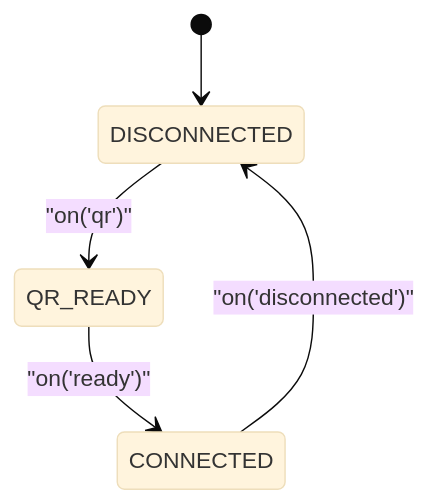
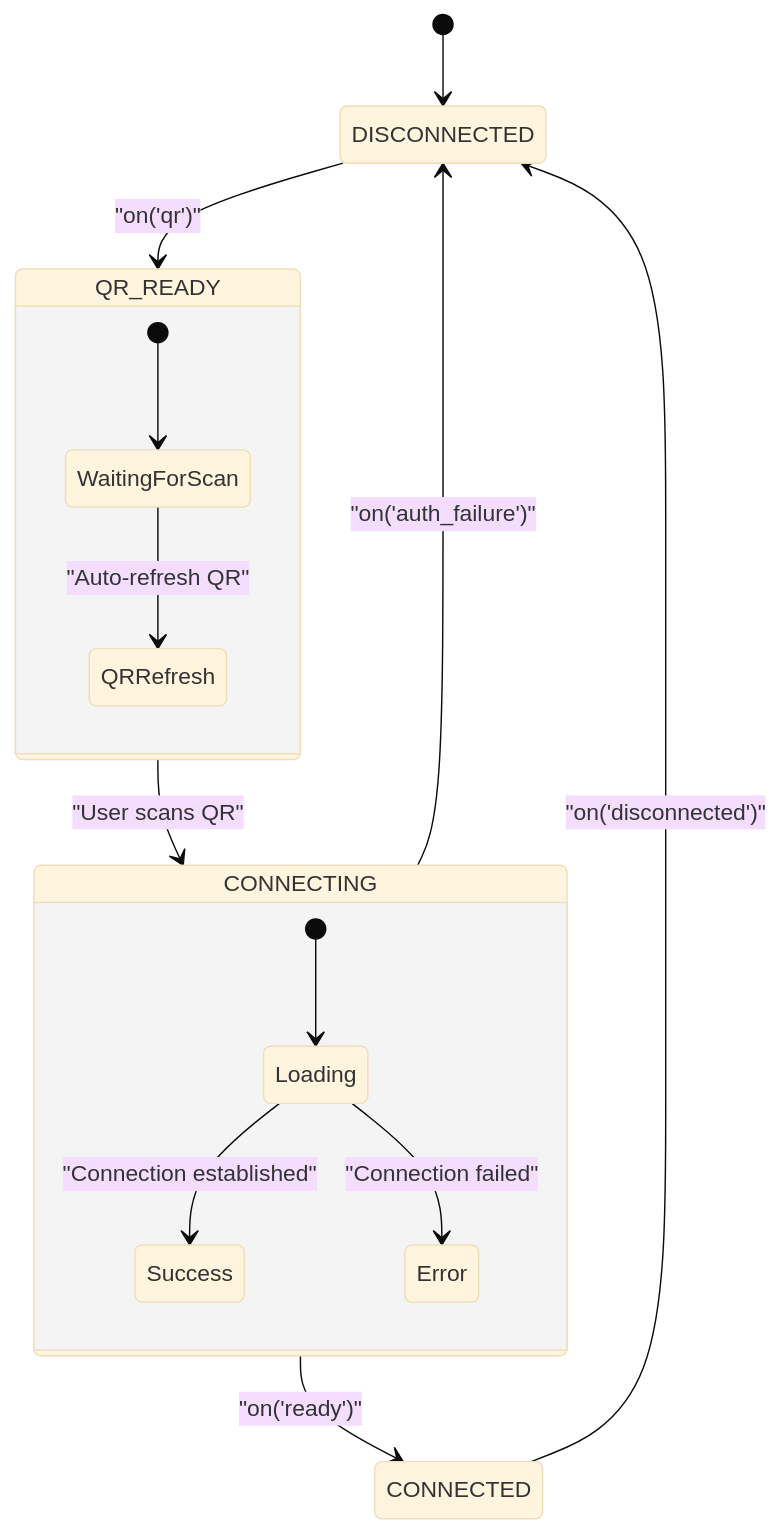
The sixth of 8 diagrams in .qoder/repowiki/en/content/WhatsApp Integration/WhatsApp Integration.md (askchiwa-spec/FLOW-HQ-BOT), drawn with Mermaid (base theme) before and after one commit. The commit also changed other lines of this file and 69 other files, not shown here.

````diff
--- a/.qoder/repowiki/en/content/WhatsApp Integration/WhatsApp Integration.md
+++ b/.qoder/repowiki/en/content/WhatsApp Integration/WhatsApp Integration.md
@@ -309,7 +312,18 @@
 ```mermaid
 stateDiagram-v2
 [*] --> DISCONNECTED
 DISCONNECTED --> QR_READY : "on('qr')"
-QR_READY --> CONNECTED : "on('ready')"
+QR_READY --> CONNECTING : "User scans QR"
+CONNECTING --> CONNECTED : "on('ready')"
 CONNECTED --> DISCONNECTED : "on('disconnected')"
+CONNECTING --> DISCONNECTED : "on('auth_failure')"
+state QR_READY {
+[*] --> WaitingForScan
+WaitingForScan --> QRRefresh : "Auto-refresh QR"
+}
+state CONNECTING {
+[*] --> Loading
+Loading --> Success : "Connection established"
+Loading --> Error : "Connection failed"
+}
 ```
````
